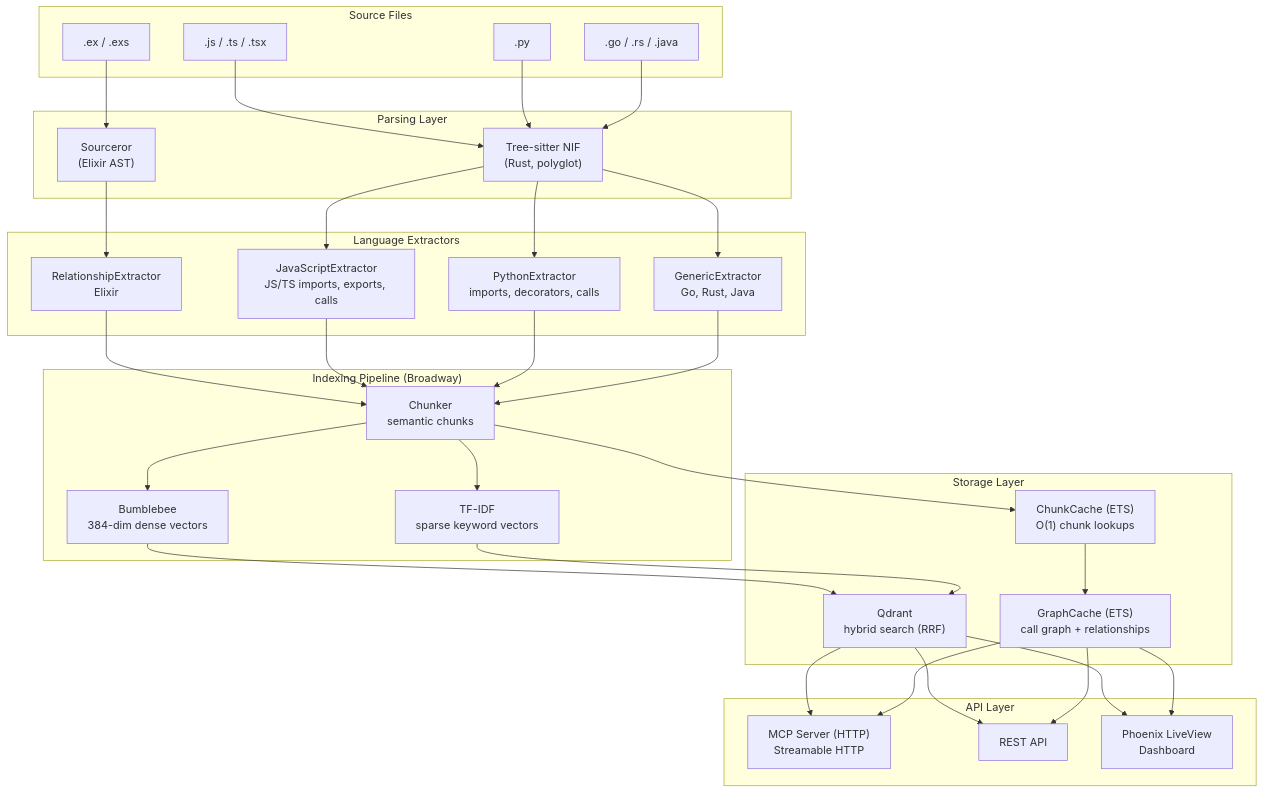
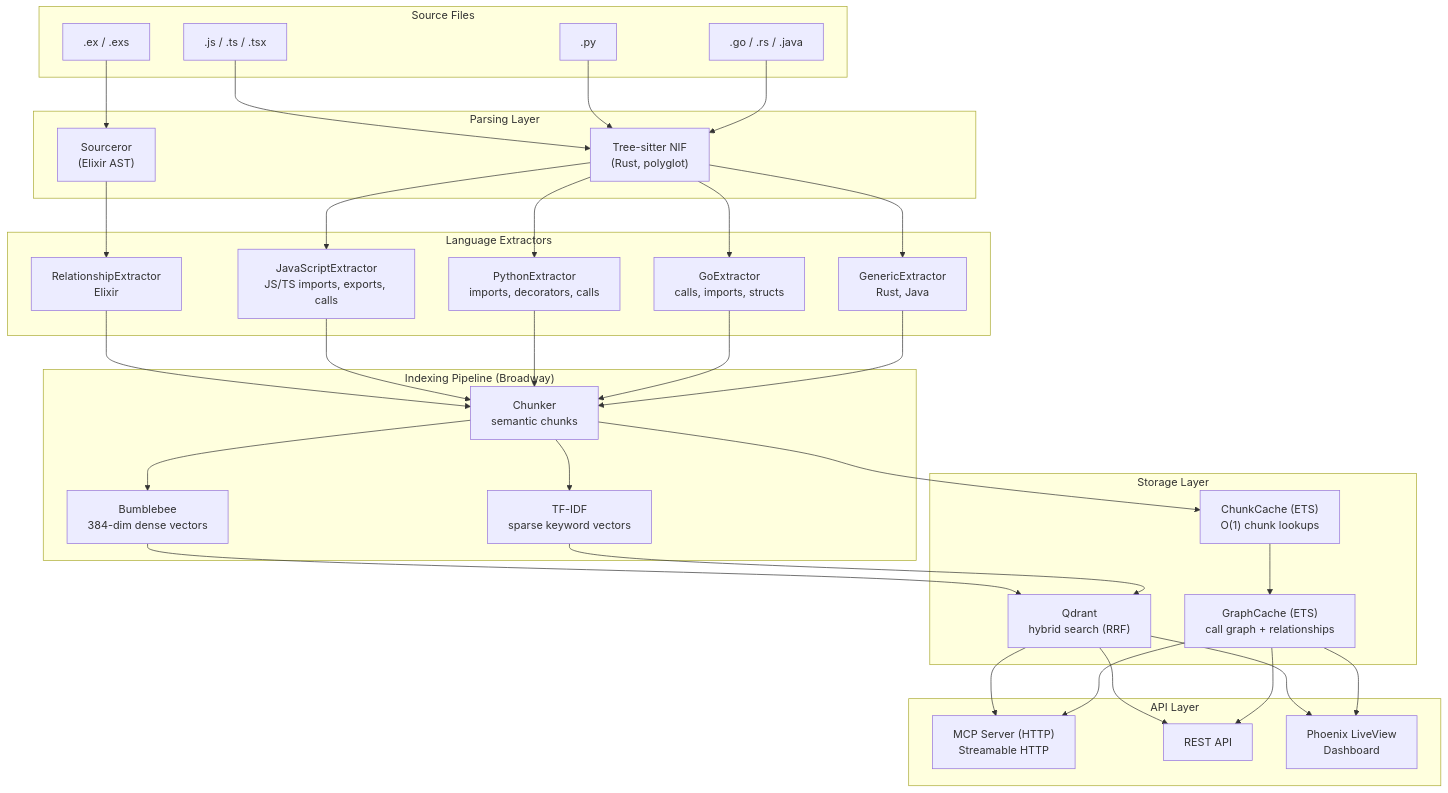
Before and after one commit to iksnerd/code-nexus: the first of 4 diagrams in README.md, drawn with Mermaid. The commit also changed other lines of this file and 25 other files, not shown here.

````diff
--- a/README.md
+++ b/README.md
@@ -69,51 +69,52 @@
 ```mermaid
 graph TB
     subgraph Sources["Source Files"]
         EX[".ex / .exs"]
         JS[".js / .ts / .tsx"]
         PY[".py"]
         OTHER[".go / .rs / .java"]
     end
 
     subgraph Parsing["Parsing Layer"]
         SR["Sourceror<br/>(Elixir AST)"]
         TS["Tree-sitter NIF<br/>(Rust, polyglot)"]
     end
 
     subgraph Extractors["Language Extractors"]
         RE["RelationshipExtractor<br/>Elixir"]
         JSE["JavaScriptExtractor<br/>JS/TS imports, exports, calls"]
         PYE["PythonExtractor<br/>imports, decorators, calls"]
-        GE["GenericExtractor<br/>Go, Rust, Java"]
+        GOE["GoExtractor<br/>calls, imports, structs"]
+        GE["GenericExtractor<br/>Rust, Java"]
     end
 
     subgraph Indexing["Indexing Pipeline (Broadway)"]
         CH["Chunker<br/>semantic chunks"]
         BB["Bumblebee<br/>384-dim dense vectors"]
         TFIDF["TF-IDF<br/>sparse keyword vectors"]
     end
 
     subgraph Storage["Storage Layer"]
         QD["Qdrant<br/>hybrid search (RRF)"]
         CC["ChunkCache (ETS)<br/>O(1) chunk lookups"]
         GC["GraphCache (ETS)<br/>call graph + relationships"]
     end
 
     subgraph API["API Layer"]
         MCP_HTTP["MCP Server (HTTP)<br/>Streamable HTTP"]
         REST["REST API"]
         PHX["Phoenix LiveView<br/>Dashboard"]
     end
 
     EX --> SR --> RE
     JS --> TS --> JSE
     PY --> TS --> PYE
-    OTHER --> TS --> GE
+    OTHER --> TS --> GOE & GE
 
-    RE & JSE & PYE & GE --> CH
+    RE & JSE & PYE & GOE & GE --> CH
     CH --> BB & TFIDF
     BB & TFIDF --> QD
     CH --> CC --> GC
 
     QD & GC --> MCP_HTTP & REST & PHX
 ```
````
